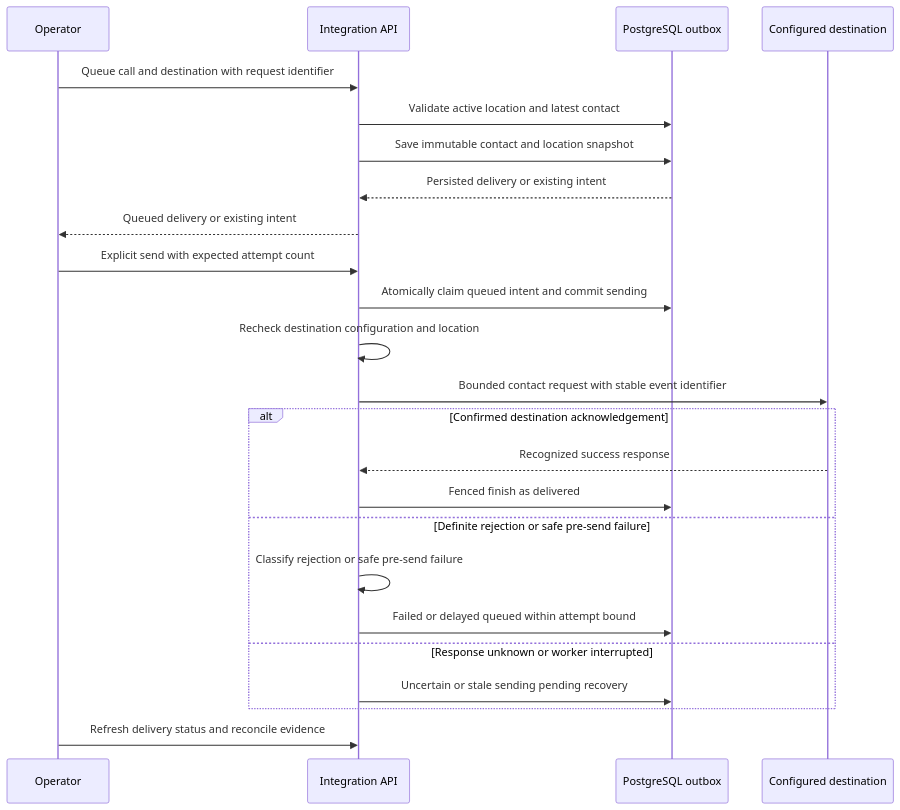
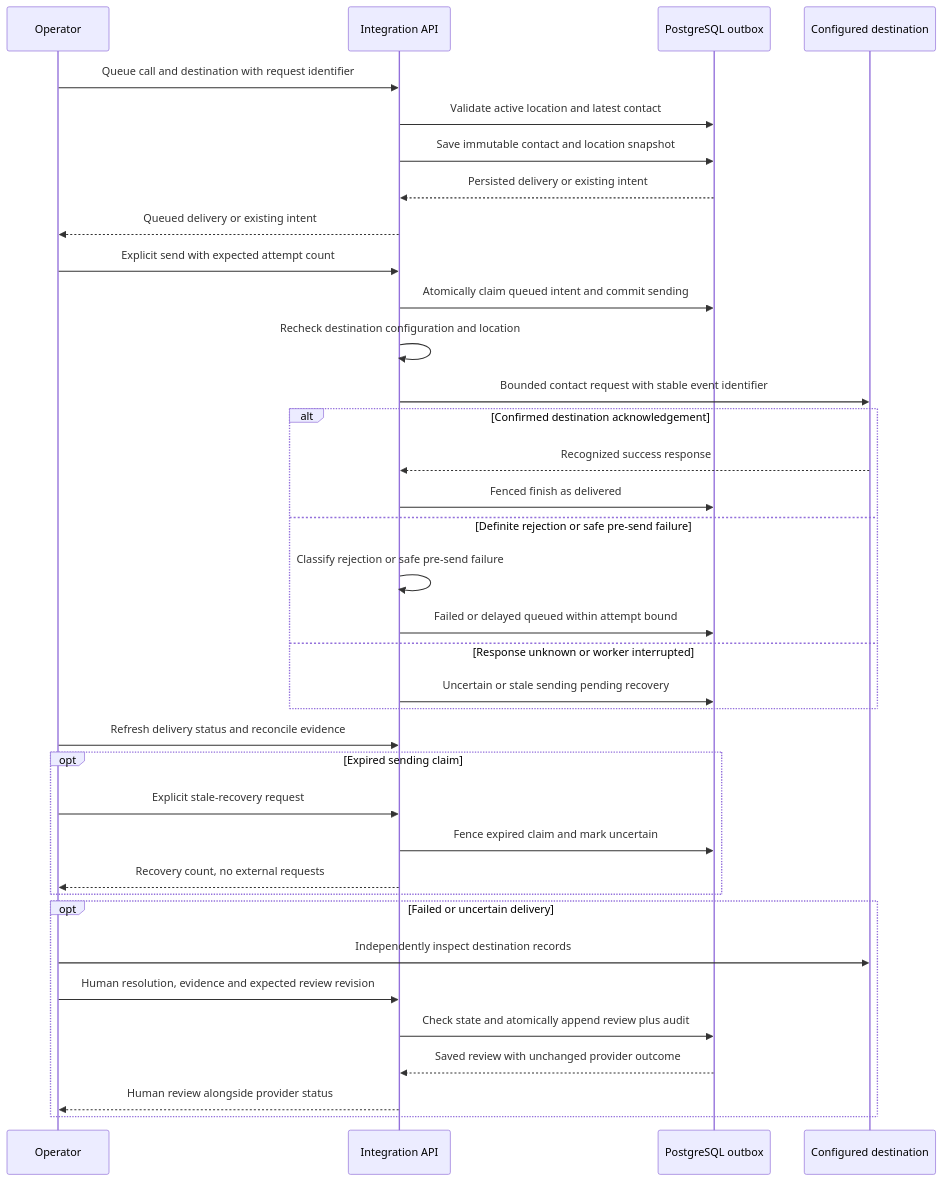
The third of 3 diagrams in docs/query_response_architecture.md (ChariPramod/arcagent), drawn with Mermaid before and after one commit. The commit also changed other lines of this file and 30 other files, not shown here.

````diff
--- a/docs/query_response_architecture.md
+++ b/docs/query_response_architecture.md
@@ -88,26 +101,38 @@
 ```mermaid
 sequenceDiagram
     participant O as Operator
     participant A as Integration API
     participant P as PostgreSQL outbox
     participant V as Configured destination
     O->>A: Queue call and destination with request identifier
     A->>P: Validate active location and latest contact
     A->>P: Save immutable contact and location snapshot
     P-->>A: Persisted delivery or existing intent
     A-->>O: Queued delivery or existing intent
     O->>A: Explicit send with expected attempt count
     A->>P: Atomically claim queued intent and commit sending
     A->>A: Recheck destination configuration and location
     A->>V: Bounded contact request with stable event identifier
     alt Confirmed destination acknowledgement
         V-->>A: Recognized success response
         A->>P: Fenced finish as delivered
     else Definite rejection or safe pre-send failure
         A->>A: Classify rejection or safe pre-send failure
         A->>P: Failed or delayed queued within attempt bound
     else Response unknown or worker interrupted
         A->>P: Uncertain or stale sending pending recovery
     end
     O->>A: Refresh delivery status and reconcile evidence
+    opt Expired sending claim
+        O->>A: Explicit stale-recovery request
+        A->>P: Fence expired claim and mark uncertain
+        A-->>O: Recovery count, no external requests
+    end
+    opt Failed or uncertain delivery
+        O->>V: Independently inspect destination records
+        O->>A: Human resolution, evidence and expected review revision
+        A->>P: Check state and atomically append review plus audit
+        P-->>A: Saved review with unchanged provider outcome
+        A-->>O: Human review alongside provider status
+    end
 ```
````
